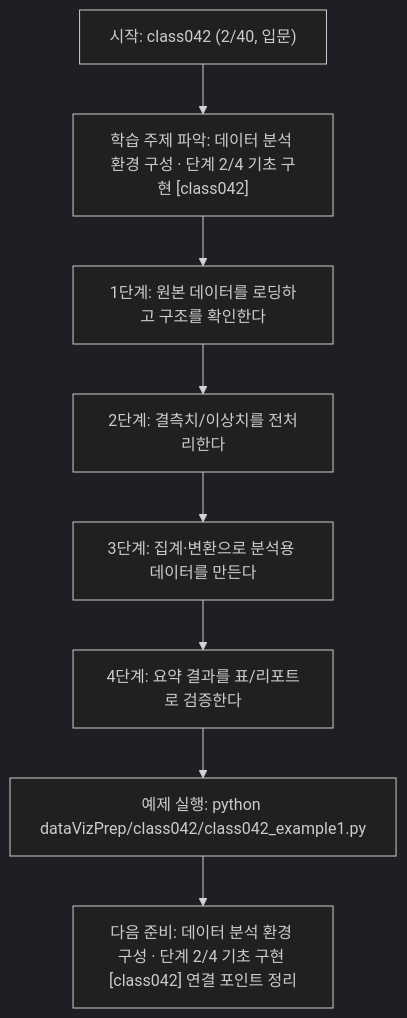
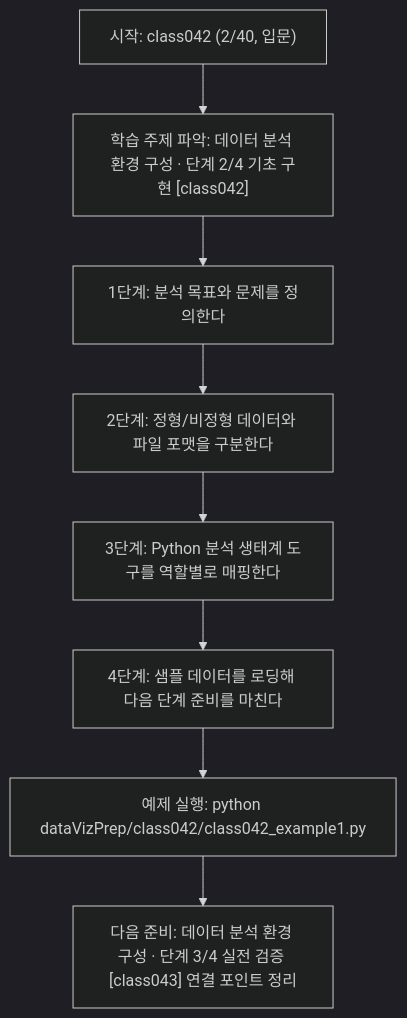
Before and after one commit to edumgt/Python-AI_Agent-Class: the diagram in dataVizPrep/class042/class042.md, drawn with Mermaid (dark theme). The commit also changed other lines of this file and 283 other files, not shown here.

````diff
--- a/dataVizPrep/class042/class042.md
+++ b/dataVizPrep/class042/class042.md
@@ -112,18 +92,18 @@
 ```mermaid
 flowchart TD
 N1["시작: class042 (2/40, 입문)"]
 N2["학습 주제 파악: 데이터 분석 환경 구성 · 단계 2/4 기초 구현 [class042]"]
-N3["1단계: 원본 데이터를 로딩하고 구조를 확인한다"]
-N4["2단계: 결측치/이상치를 전처리한다"]
-N5["3단계: 집계·변환으로 분석용 데이터를 만든다"]
-N6["4단계: 요약 결과를 표/리포트로 검증한다"]
+N3["1단계: 분석 목표와 문제를 정의한다"]
+N4["2단계: 정형/비정형 데이터와 파일 포맷을 구분한다"]
+N5["3단계: Python 분석 생태계 도구를 역할별로 매핑한다"]
+N6["4단계: 샘플 데이터를 로딩해 다음 단계 준비를 마친다"]
 N7["예제 실행: python dataVizPrep/class042/class042_example1.py"]
-N8["다음 준비: 데이터 분석 환경 구성 · 단계 2/4 기초 구현 [class042] 연결 포인트 정리"]
+N8["다음 준비: 데이터 분석 환경 구성 · 단계 3/4 실전 검증 [class043] 연결 포인트 정리"]
 N1 --> N2
 N2 --> N3
 N3 --> N4
 N4 --> N5
 N5 --> N6
 N6 --> N7
 N7 --> N8
 ```
````
